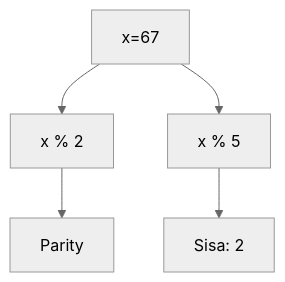
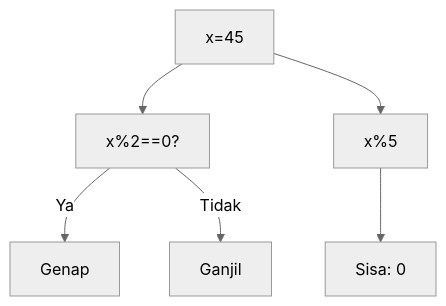
One commit to amnahwaida/OSNK_INF_PREP changed the eighth of 25 diagrams in part-c-pemahaman-cpp/01-tipe-data/latihan/set-07.md. Above: the diagram before and after it, drawn with Mermaid (neutral theme). The commit also changed other lines of this file and 71 other files, not shown here.

Commit message:
Fixed Mermaid syntax lexical errors with quoted labels in 1,800 questions

````diff
--- a/part-c-pemahaman-cpp/01-tipe-data/latihan/set-07.md
+++ b/part-c-pemahaman-cpp/01-tipe-data/latihan/set-07.md
@@ -269,7 +241,8 @@
 ```mermaid
 graph TD
-A[x=67] --> B[x % 2]
-B --> C[Parity]
-A --> D[x % 5]
-D --> E[Sisa: 2]
+A["x=45"] --> B["x%2==0?"]
+B -- Ya --> C["Genap"]
+B -- Tidak --> D["Ganjil"]
+A --> E["x%5"]
+E --> F["Sisa: 0"]
 ```
````
